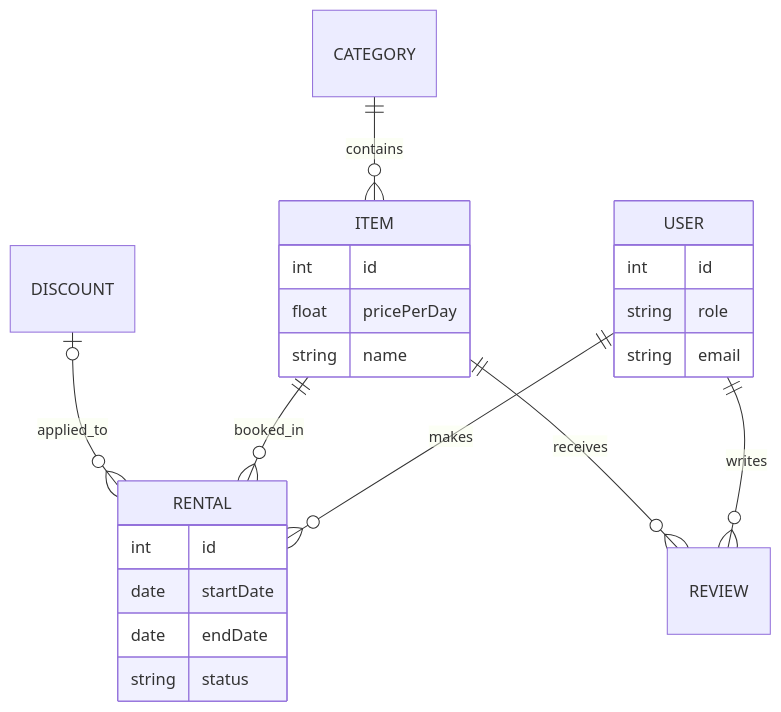
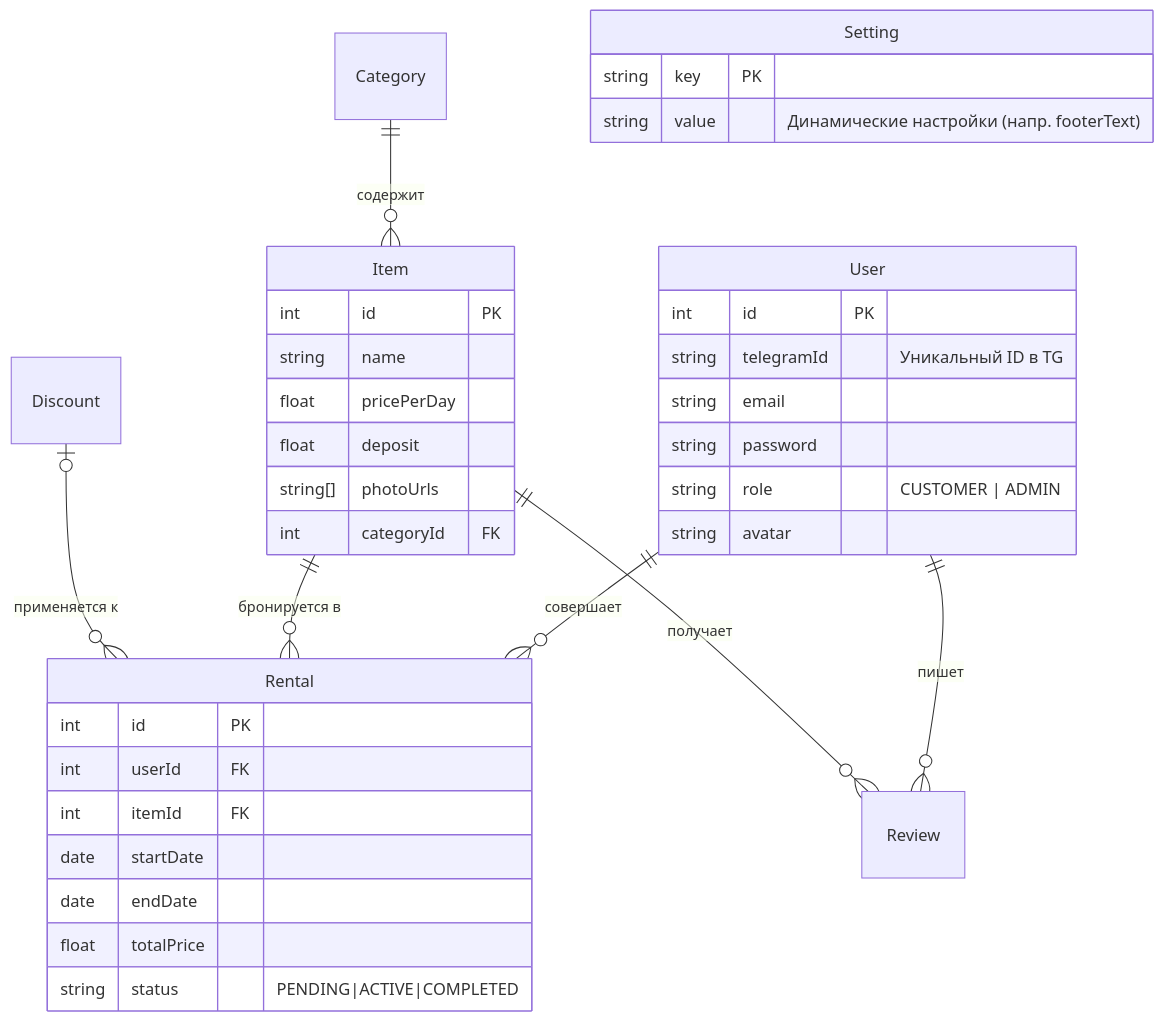
The third of 4 diagrams in ARCHITECTURE.md (yuliitezarygml/renatal-all), drawn with Mermaid before and after one commit. The commit also changed other lines of this file, not shown here.

Commit message:
docs: expand architecture with user flow, state machine, and modules

````diff
--- a/ARCHITECTURE.md
+++ b/ARCHITECTURE.md
@@ -83,26 +78,42 @@
 ```mermaid
 erDiagram
-    USER ||--o{ RENTAL : makes
-    USER ||--o{ REVIEW : writes
-    CATEGORY ||--o{ ITEM : contains
-    ITEM ||--o{ RENTAL : booked_in
-    ITEM ||--o{ REVIEW : receives
-    DISCOUNT |o--o{ RENTAL : applied_to
+    User ||--o{ Rental : "совершает"
+    User ||--o{ Review : "пишет"
+    Category ||--o{ Item : "содержит"
+    Item ||--o{ Rental : "бронируется в"
+    Item ||--o{ Review : "получает"
+    Discount |o--o{ Rental : "применяется к"
 
-    USER {
-        int id
-        string role
+    User {
+        int id PK
+        string telegramId "Уникальный ID в TG"
         string email
+        string password
+        string role "CUSTOMER | ADMIN"
+        string avatar
     }
-    ITEM {
-        int id
+    
+    Item {
+        int id PK
+        string name
         float pricePerDay
-        string name
+        float deposit
+        string[] photoUrls
+        int categoryId FK
     }
-    RENTAL {
-        int id
+    
+    Rental {
+        int id PK
+        int userId FK
+        int itemId FK
         date startDate
         date endDate
-        string status
+        float totalPrice
+        string status "PENDING|ACTIVE|COMPLETED"
+    }
+
+    Setting {
+        string key PK
+        string value "Динамические настройки (напр. footerText)"
     }
 ```
````
